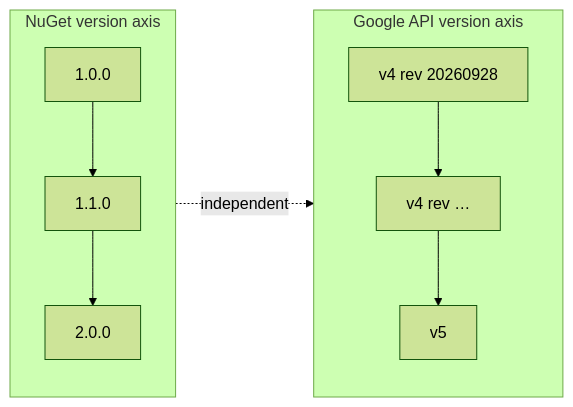
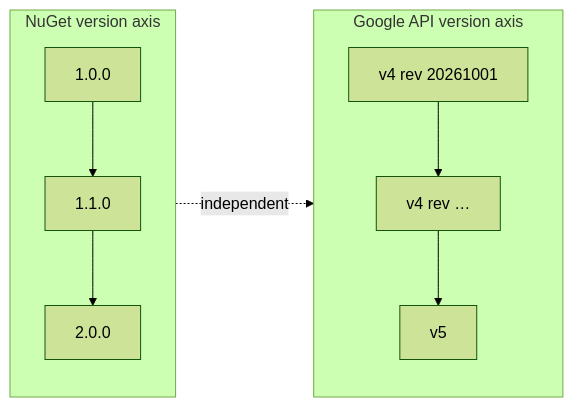
Before and after one commit to kkdev92/health-data-dotnet: the diagram in docs/compatibility.md, drawn with Mermaid (forest theme). The commit also changed 254 other files, not shown here.

````diff
--- a/docs/compatibility.md
+++ b/docs/compatibility.md
@@ -6,10 +6,10 @@
 ```mermaid
 flowchart LR
     subgraph NUGET["NuGet version axis"]
         N1["1.0.0"] --> N2["1.1.0"] --> N3["2.0.0"]
     end
     subgraph GOOGLE["Google API version axis"]
-        G1["v4 rev 20260928"] --> G2["v4 rev …"] --> G3["v5"]
+        G1["v4 rev 20261001"] --> G2["v4 rev …"] --> G3["v5"]
     end
     NUGET -.->|"independent"| GOOGLE
 ```
````
